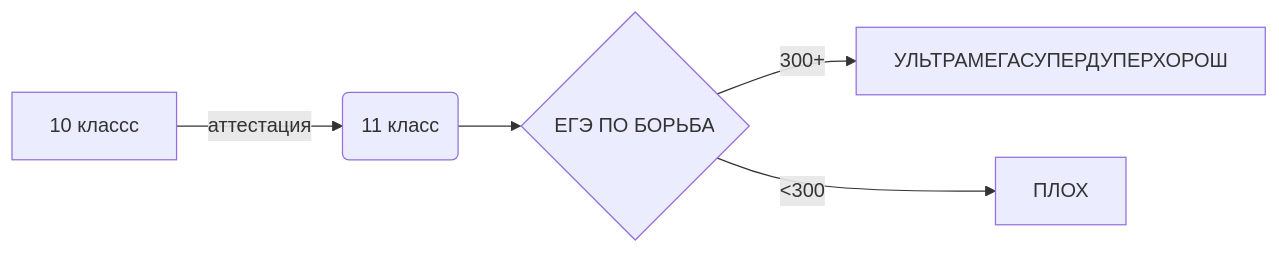
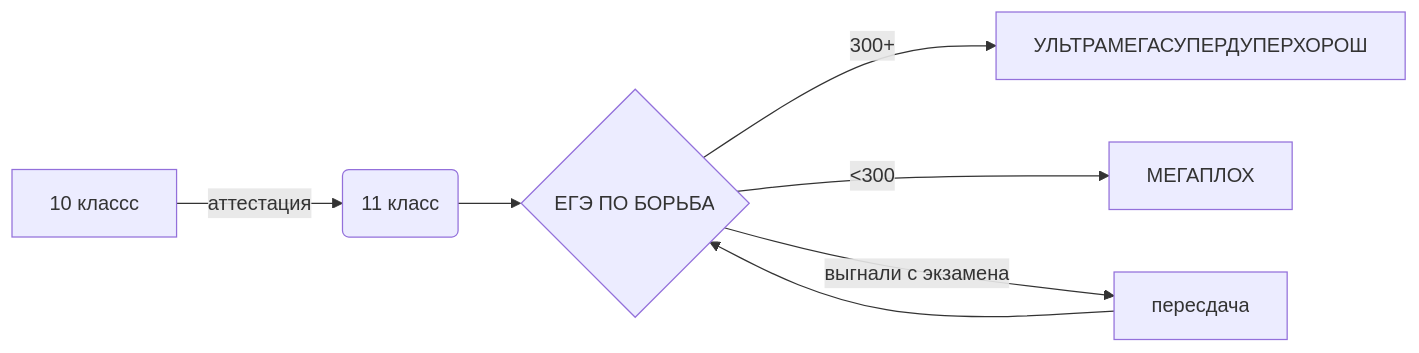
The diagram in README.md (ahattuhva/public), drawn with Mermaid before and after one commit. The commit also changed other lines of this file, not shown here.

````diff
--- a/README.md
+++ b/README.md
@@ -26,7 +27,9 @@
   ``` mermaid 
   flowchart LR
   A[10 классс] -->|аттестация| B(11 класс)
   B --> C{ЕГЭ ПО БОРЬБА}
   C -->|300+| D[ УЛЬТРАМЕГАСУПЕРДУПЕРХОРОШ]
-  C -->|<300| E[ПЛОХ]
+  C -->|<300| E[МЕГАПЛОХ]
+  C -->|выгнали с экзамена| F[пересдача]
+  F --> C
   ```
````
